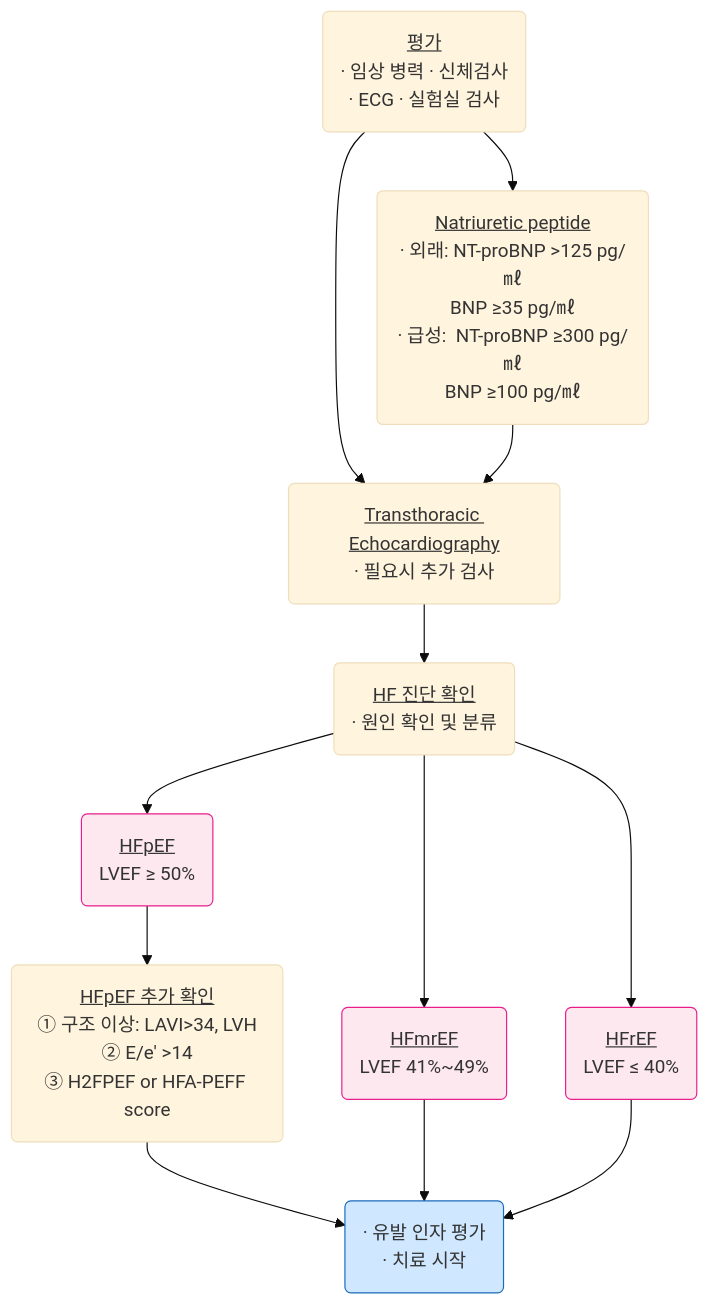
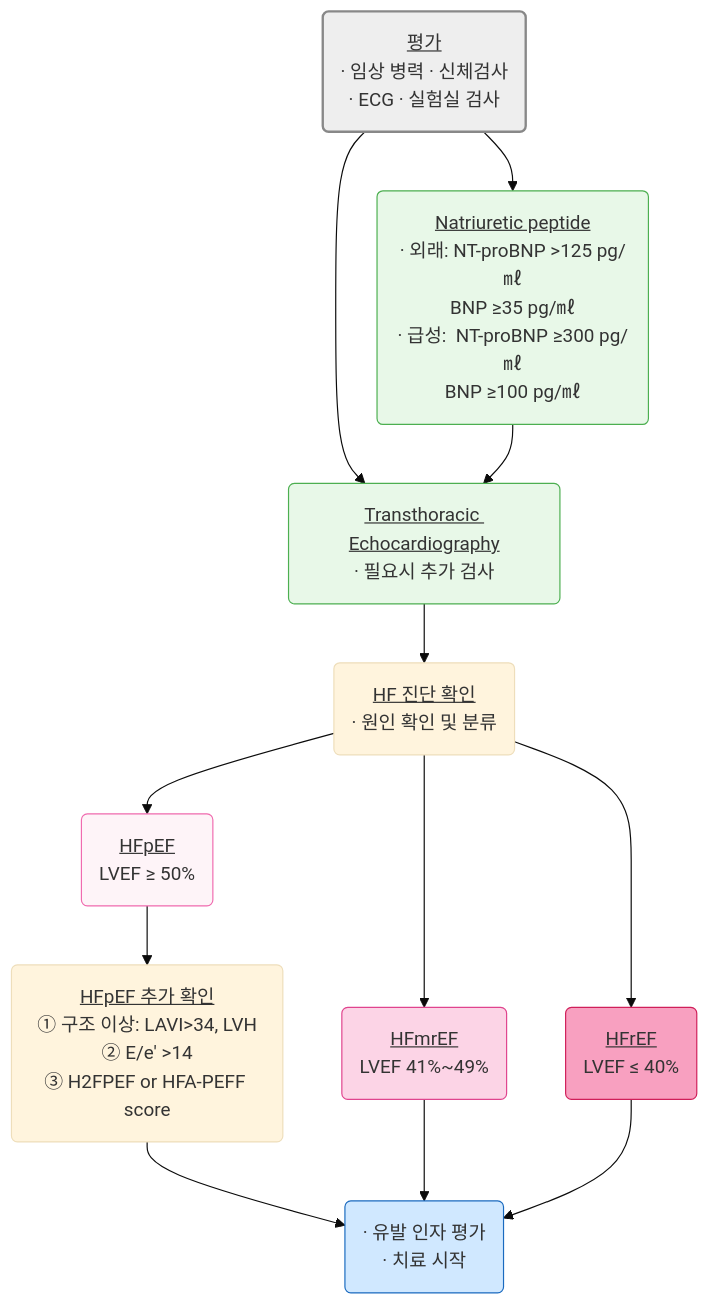
One commit to familyoh77/familyoh77 changed the second of 8 diagrams in 225_/098_-heart-failure.md. Above: the diagram before and after it, drawn with Mermaid (base theme). The commit also changed other lines of this file, not shown here.

````diff
--- a/225_/098_-heart-failure.md
+++ b/225_/098_-heart-failure.md
@@ -119,26 +119,30 @@
 ```mermaid
 graph TD
     A("<u>평가</u>\n· 임상 병력 · 신체검사\n· ECG · 실험실 검사")
+style A fill:#eeeeee,stroke:#888888,stroke-width:2px
     B("<u>Natriuretic peptide</u>\n· 외래: NT-proBNP >125 pg/㎖\nBNP ≥35 pg/㎖\n· 급성:  NT-proBNP ≥300 pg/㎖\nBNP ≥100 pg/㎖")
     C("<u>Transthoracic Echocardiography</u>\n· 필요시 추가 검사")
+classDef lightGreen fill:#e8f8e8,stroke:#4caf50
+class B,C lightGreen
     D("<u>HF 진단 확인</u>\n· 원인 확인 및 분류")
     G("<u>HFrEF</u>\nLVEF ≤ 40%")
     F("<u>HFmrEF</u>\nLVEF 41%~49%")
     E("<u>HFpEF</u>\nLVEF ≥ 50%")
-classDef pink fill:#fde8f0,stroke:#e91e8c
-class G,F,E pink
+style E fill:#fef4f8,stroke:#f06baf
+style F fill:#fcd4e6,stroke:#e0448e
+style G fill:#f8a0c0,stroke:#d01f5a
     HFPEF_DIAG("<u>HFpEF 추가 확인</u>\n① 구조 이상: LAVI>34, LVH\n② E/e' >14\n③ H2FPEF or HFA-PEFF score")
     H("· 유발 인자 평가\n· 치료 시작")
 style H fill:#d0e8ff,stroke:#1a6abf
     A --> B
     A --> C
     B --> C
     C --> D
     D --> G
     D --> F
     D --> E
     E --> HFPEF_DIAG
     HFPEF_DIAG --> H
     F --> H
     G --> H
 ```
````
